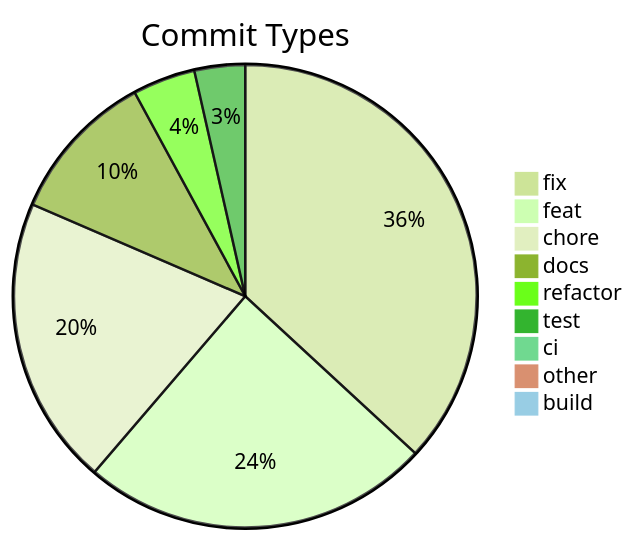
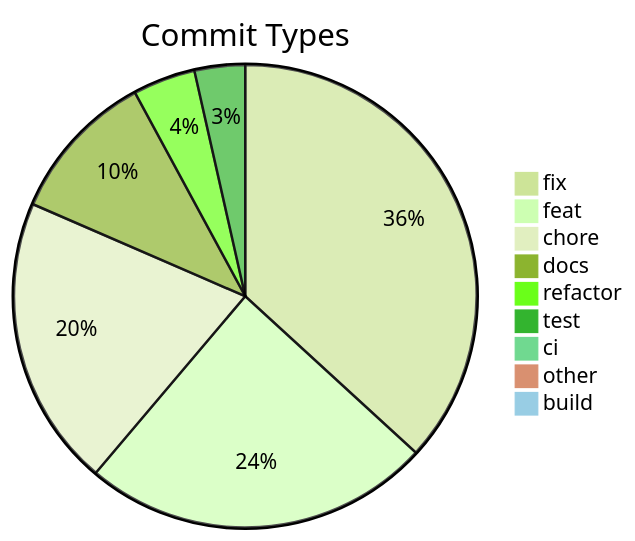
Before and after one commit to svenroth-ai/shipwright-webui: the diagram in .shipwright/compliance/change-history.md, drawn with Mermaid (forest theme). The commit also changed other lines of this file and 15 other files, not shown here.

````diff
--- a/.shipwright/compliance/change-history.md
+++ b/.shipwright/compliance/change-history.md
@@ -8,12 +8,12 @@
 ```mermaid
 pie title Commit Types
     "fix" : 219
     "feat" : 145
-    "chore" : 120
+    "chore" : 121
     "docs" : 63
     "refactor" : 26
     "test" : 21
     "ci" : 5
     "other" : 4
     "build" : 1
 ```
````
